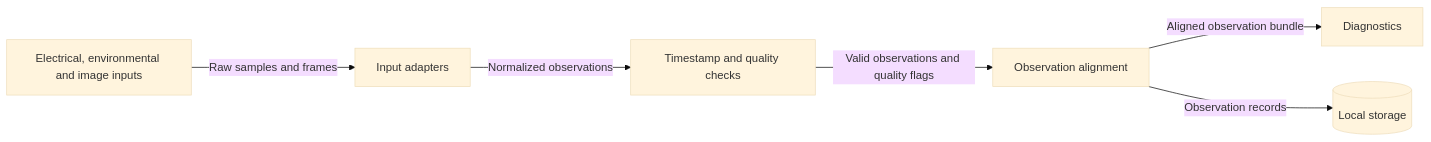
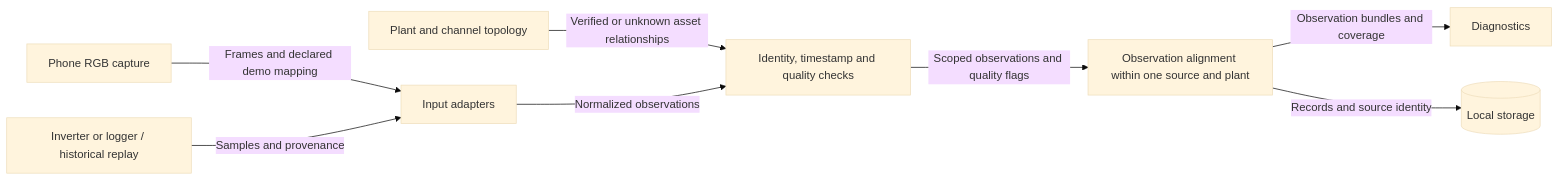
One commit to B-AROL-O/hackturin-2026 changed the diagram in docs/architecture/components/acquisition.md. Above: the diagram before and after it, drawn with Mermaid (base theme). The commit also changed other lines of this file and 28 other files, not shown here.

Commit message:
docs(poopvolt): renew company offer, architecture and pitch

````diff
--- a/docs/architecture/components/acquisition.md
+++ b/docs/architecture/components/acquisition.md
@@ -10,14 +10,18 @@
 ```mermaid
 flowchart LR
-    inputs["Electrical, environmental and image inputs"]
+    phone["Phone RGB capture"]
+    telemetry["Inverter or logger / historical replay"]
+    mapping["Plant and channel topology"]
     adapters["Input adapters"]
-    validate["Timestamp and quality checks"]
-    align["Observation alignment"]
+    validate["Identity, timestamp and quality checks"]
+    align["Observation alignment within one source and plant"]
     diagnostics["Diagnostics"]
     storage[("Local storage")]
-    inputs -->|Raw samples and frames| adapters
+    phone -->|Frames and declared demo mapping| adapters
+    telemetry -->|Samples and provenance| adapters
+    mapping -->|Verified or unknown asset relationships| validate
     adapters -->|Normalized observations| validate
-    validate -->|Valid observations and quality flags| align
-    align -->|Aligned observation bundle| diagnostics
-    align -->|Observation records| storage
+    validate -->|Scoped observations and quality flags| align
+    align -->|Observation bundles and coverage| diagnostics
+    align -->|Records and source identity| storage
 ```
````
